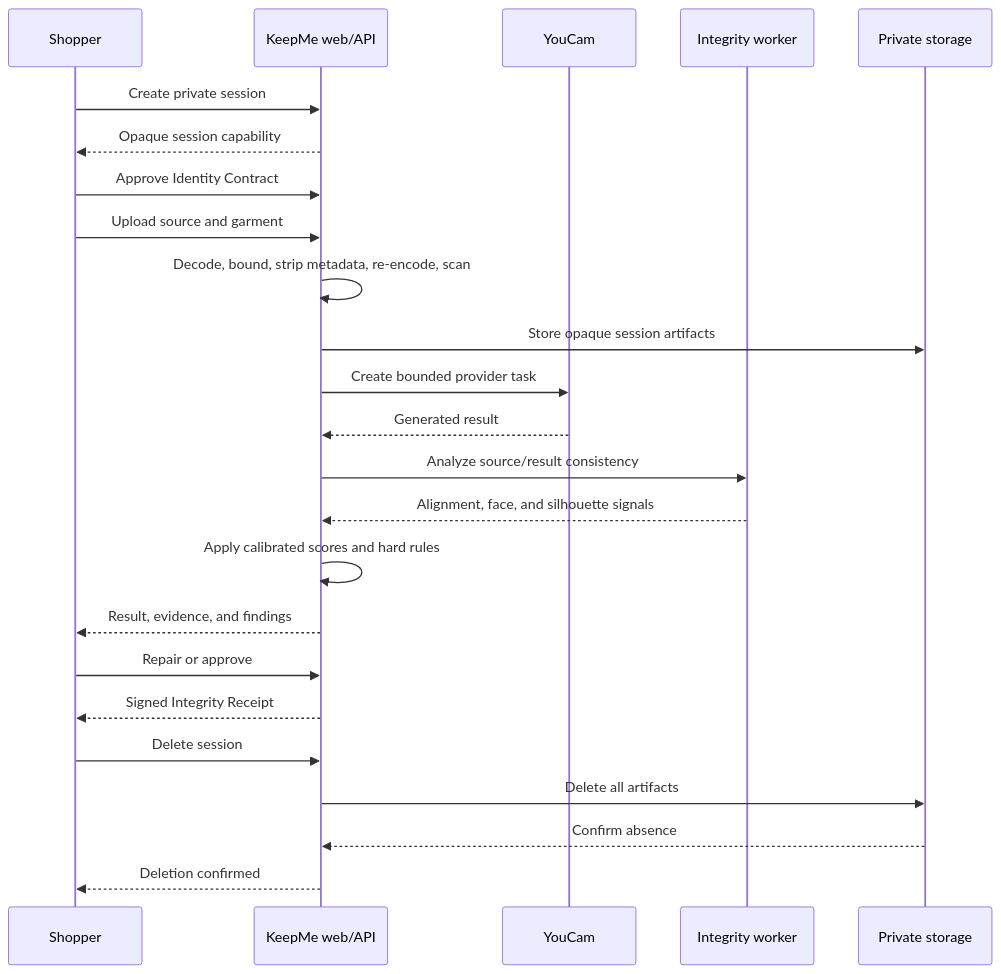
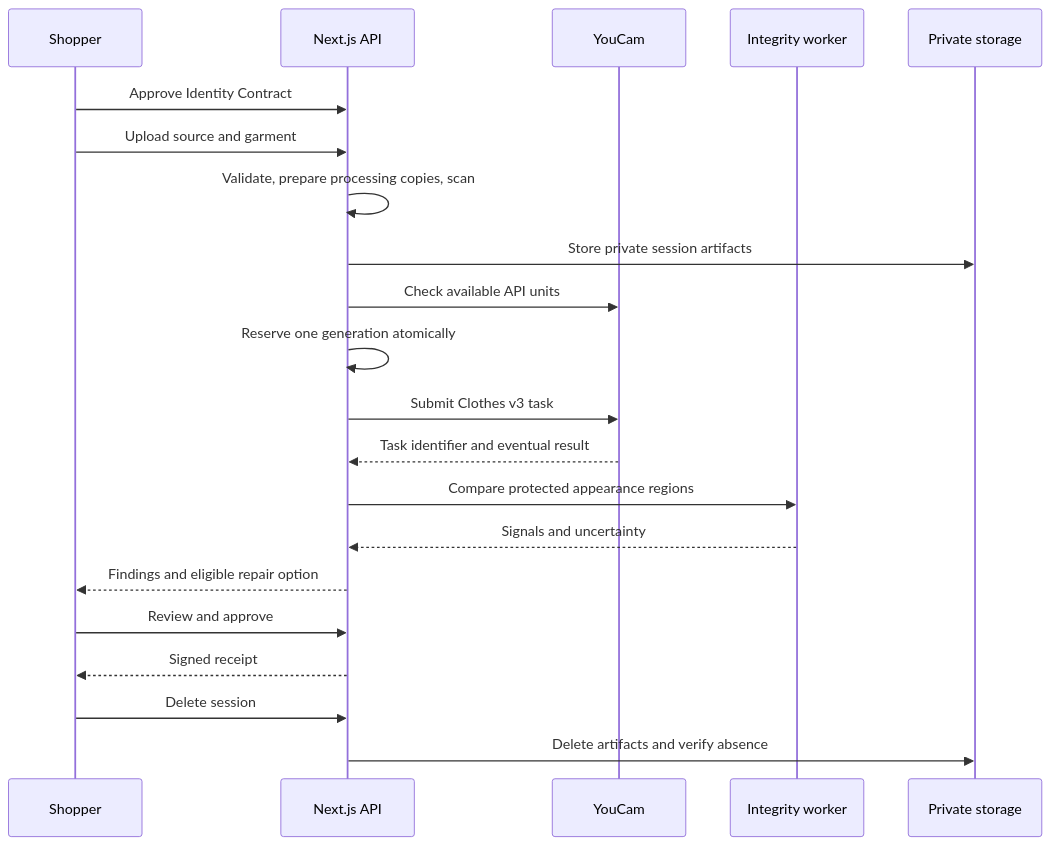
Before and after one commit to ankitlade12/keepme: the diagram in docs/architecture.md, drawn with Mermaid. The commit also changed other lines of this file and 31 other files, not shown here.

Commit message:
Polish AsShown review flows and consolidate product documentation

````diff
--- a/docs/architecture.md
+++ b/docs/architecture.md
@@ -72,27 +15,23 @@
 ```mermaid
 sequenceDiagram
     participant U as Shopper
-    participant W as KeepMe web/API
-    participant P as YouCam
-    participant I as Integrity worker
+    participant A as Next.js API
+    participant Y as YouCam
+    participant W as Integrity worker
     participant S as Private storage
-
-    U->>W: Create private session
-    W-->>U: Opaque session capability
-    U->>W: Approve Identity Contract
-    U->>W: Upload source and garment
-    W->>W: Decode, bound, strip metadata, re-encode, scan
-    W->>S: Store opaque session artifacts
-    W->>P: Create bounded provider task
-    P-->>W: Generated result
-    W->>I: Analyze source/result consistency
-    I-->>W: Alignment, face, and silhouette signals
-    W->>W: Apply calibrated scores and hard rules
-    W-->>U: Result, evidence, and findings
-    U->>W: Repair or approve
-    W-->>U: Signed Integrity Receipt
-    U->>W: Delete session
-    W->>S: Delete all artifacts
-    S-->>W: Confirm absence
-    W-->>U: Deletion confirmed
+    U->>A: Approve Identity Contract
+    U->>A: Upload source and garment
+    A->>A: Validate, prepare processing copies, scan
+    A->>S: Store private session artifacts
+    A->>Y: Check available API units
+    A->>A: Reserve one generation atomically
+    A->>Y: Submit Clothes v3 task
+    Y-->>A: Task identifier and eventual result
+    A->>W: Compare protected appearance regions
+    W-->>A: Signals and uncertainty
+    A-->>U: Findings and eligible repair option
+    U->>A: Review and approve
+    A-->>U: Signed receipt
+    U->>A: Delete session
+    A->>S: Delete artifacts and verify absence
 ```
````
